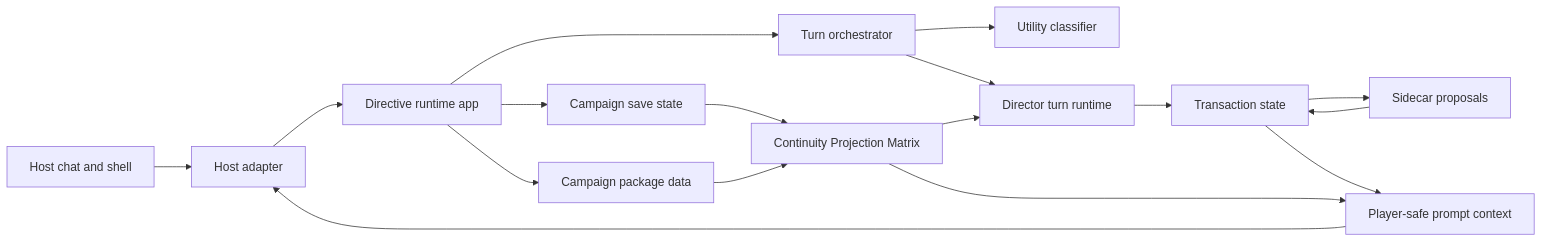
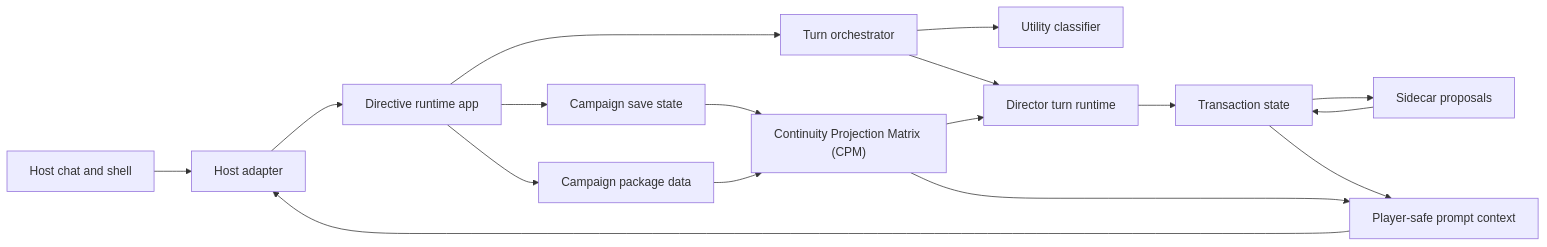
The first of 4 diagrams in docs/technical/DIRECTIVE_TECHNICAL_MANUAL.md (MentallyQuill/Directive), drawn with Mermaid before and after one commit. The commit also changed other lines of this file and 58 other files, not shown here.

````diff
--- a/docs/technical/DIRECTIVE_TECHNICAL_MANUAL.md
+++ b/docs/technical/DIRECTIVE_TECHNICAL_MANUAL.md
@@ -52,19 +55,19 @@
 ```mermaid
 flowchart LR
   Host["Host chat and shell"] --> Adapter["Host adapter"]
   Adapter --> Runtime["Directive runtime app"]
   Runtime --> Packages["Campaign package data"]
   Runtime --> State["Campaign save state"]
   Runtime --> Turns["Turn orchestrator"]
   Turns --> Utility["Utility classifier"]
   Turns --> Director["Director turn runtime"]
   Director --> Transaction["Transaction state"]
   Transaction --> Prompt["Player-safe prompt context"]
-  State --> Matrix["Continuity Projection Matrix"]
+  State --> Matrix["Continuity Projection Matrix (CPM)"]
   Packages --> Matrix
   Matrix --> Prompt
   Matrix --> Director
   Transaction --> Sidecars["Sidecar proposals"]
   Prompt --> Adapter
   Sidecars --> Transaction
 ```
````
